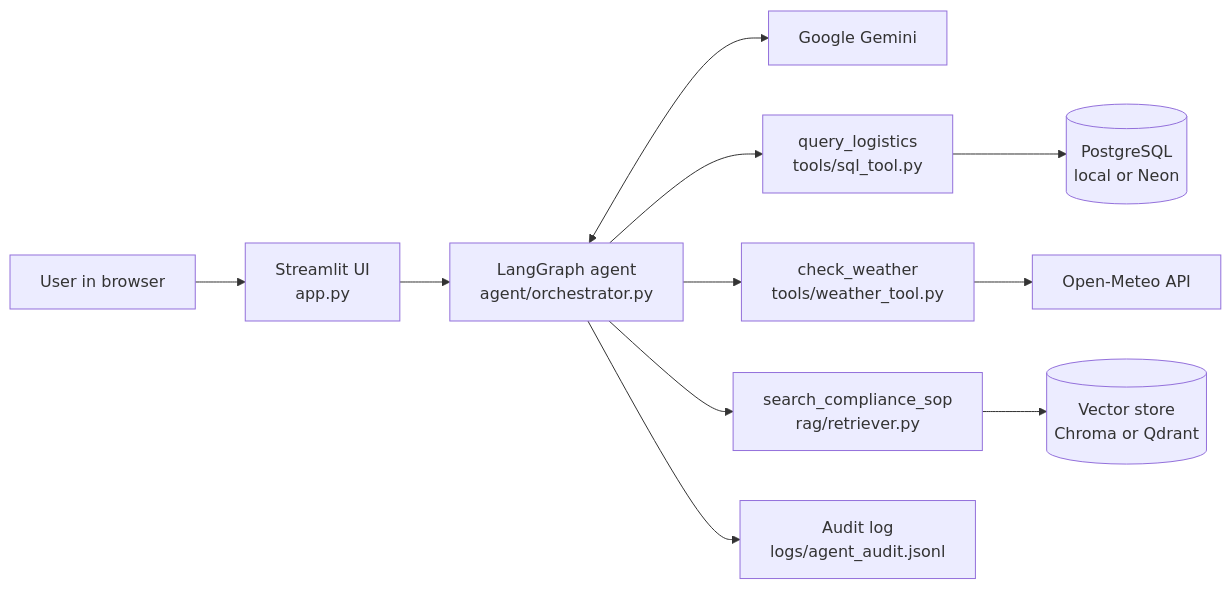
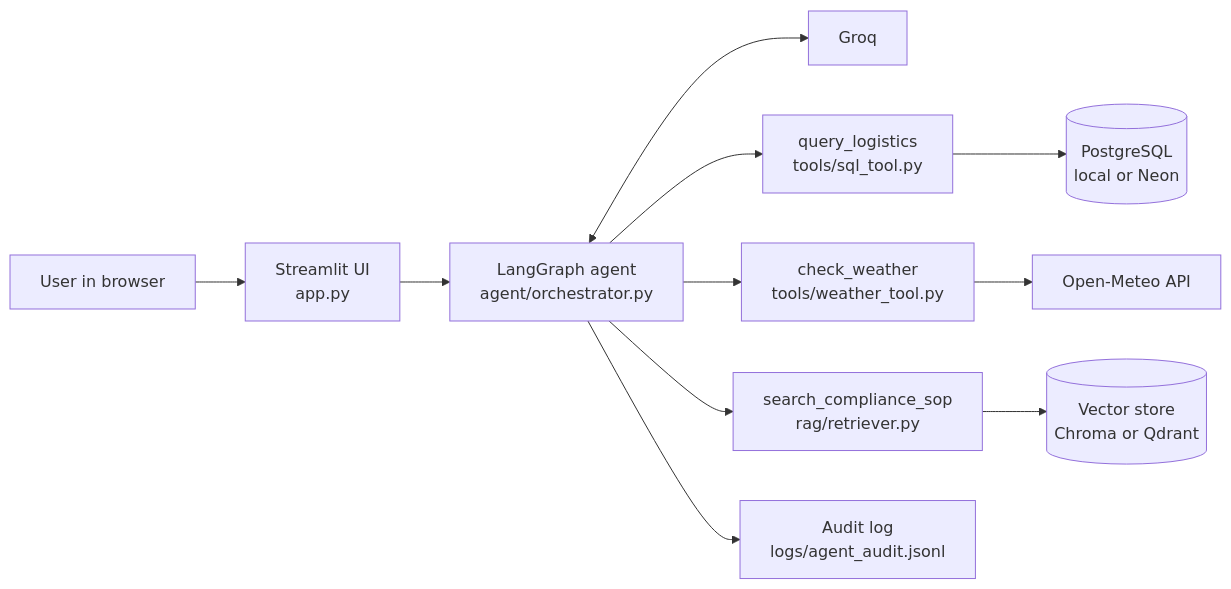
Before and after one commit to Nagendrakumarkv/FDE_COLD_CHAIN_AI: the first of 8 diagrams in context/workflow.md, drawn with Mermaid. The commit also changed other lines of this file and 19 other files, not shown here.

````diff
--- a/context/workflow.md
+++ b/context/workflow.md
@@ -9,13 +9,13 @@
 ```mermaid
 flowchart LR
     U[User in browser] --> UI[Streamlit UI<br/>app.py]
     UI --> AG[LangGraph agent<br/>agent/orchestrator.py]
-    AG <--> LLM[Google Gemini]
+    AG <--> LLM[Groq]
     AG --> T1[query_logistics<br/>tools/sql_tool.py]
     AG --> T2[check_weather<br/>tools/weather_tool.py]
     AG --> T3[search_compliance_sop<br/>rag/retriever.py]
     T1 --> DB[(PostgreSQL<br/>local or Neon)]
     T2 --> WX[Open-Meteo API]
     T3 --> VS[(Vector store<br/>Chroma or Qdrant)]
     AG --> AL[Audit log<br/>logs/agent_audit.jsonl]
 ```
````
